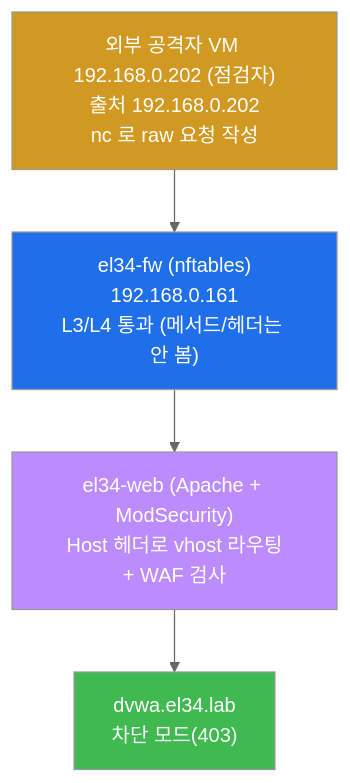
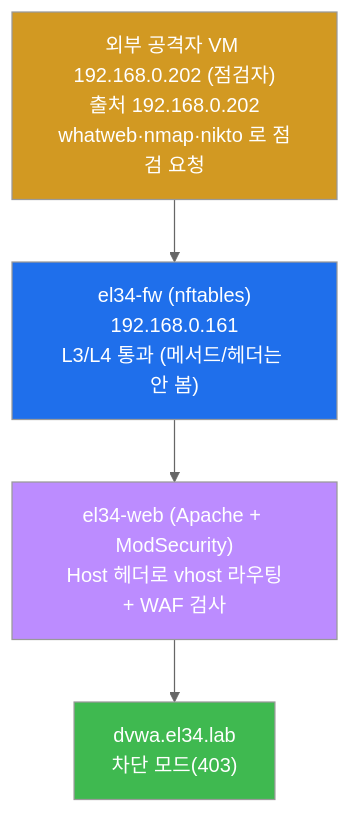
One commit to mrgrit/tw2 changed the fifth of 9 diagrams in contents/training/web-vuln/lecture_week01.md. Above: the diagram before and after it, drawn with Mermaid (neutral theme). The commit also changed other lines of this file and 25 other files, not shown here.

First line of the commit message:
fix(web-vuln): nc(raw HTTP) → 진짜 공격도구 (sqlmap/dalfox/ffuf/nikto/nuclei/hydra/whatweb)

````diff
--- a/contents/training/web-vuln/lecture_week01.md
+++ b/contents/training/web-vuln/lecture_week01.md
@@ -251,12 +260,12 @@
 ```mermaid
 graph TD
-    ATK["외부 공격자 VM 192.168.0.202 (점검자)<br/>출처 192.168.0.202<br/>nc 로 raw 요청 작성"]
+    ATK["외부 공격자 VM 192.168.0.202 (점검자)<br/>출처 192.168.0.202<br/>whatweb·nmap·nikto 로 점검 요청"]
     FW["el34-fw (nftables)<br/>192.168.0.161<br/>L3/L4 통과 (메서드/헤더는 안 봄)"]
     WEB["el34-web (Apache + ModSecurity)<br/>Host 헤더로 vhost 라우팅<br/>+ WAF 검사"]
     APP["dvwa.el34.lab<br/>차단 모드(403)"]
     ATK --> FW --> WEB --> APP
     style ATK fill:#d29922,color:#fff
     style FW fill:#1f6feb,color:#fff
     style WEB fill:#bc8cff,color:#fff
     style APP fill:#3fb950,color:#fff
 ```
````
